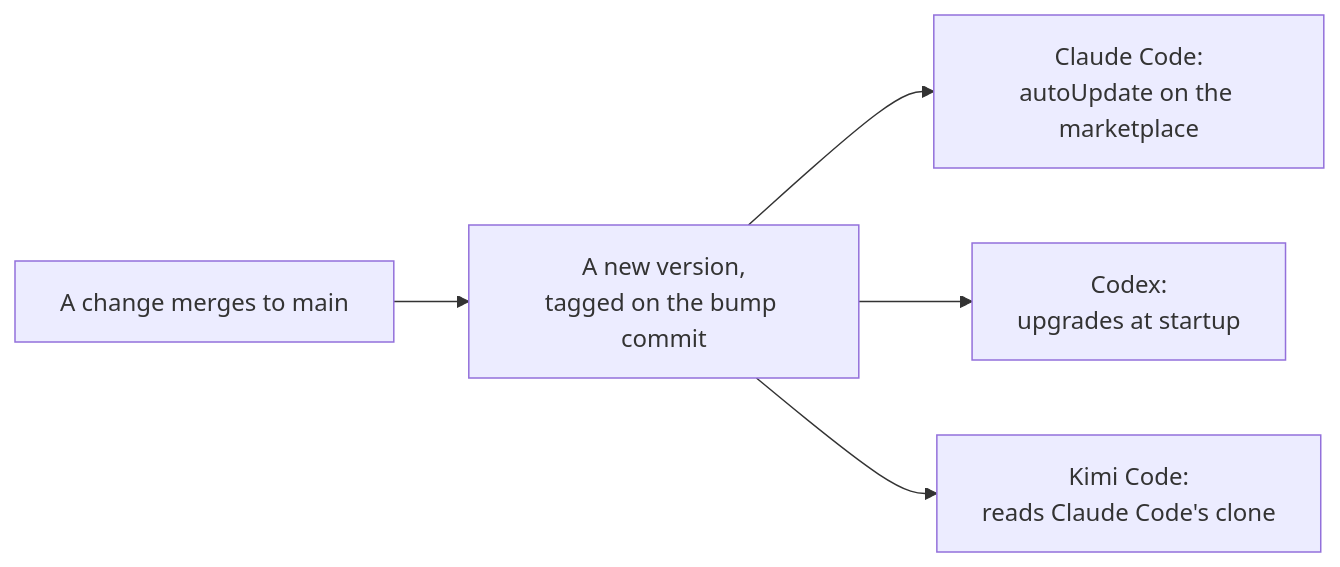
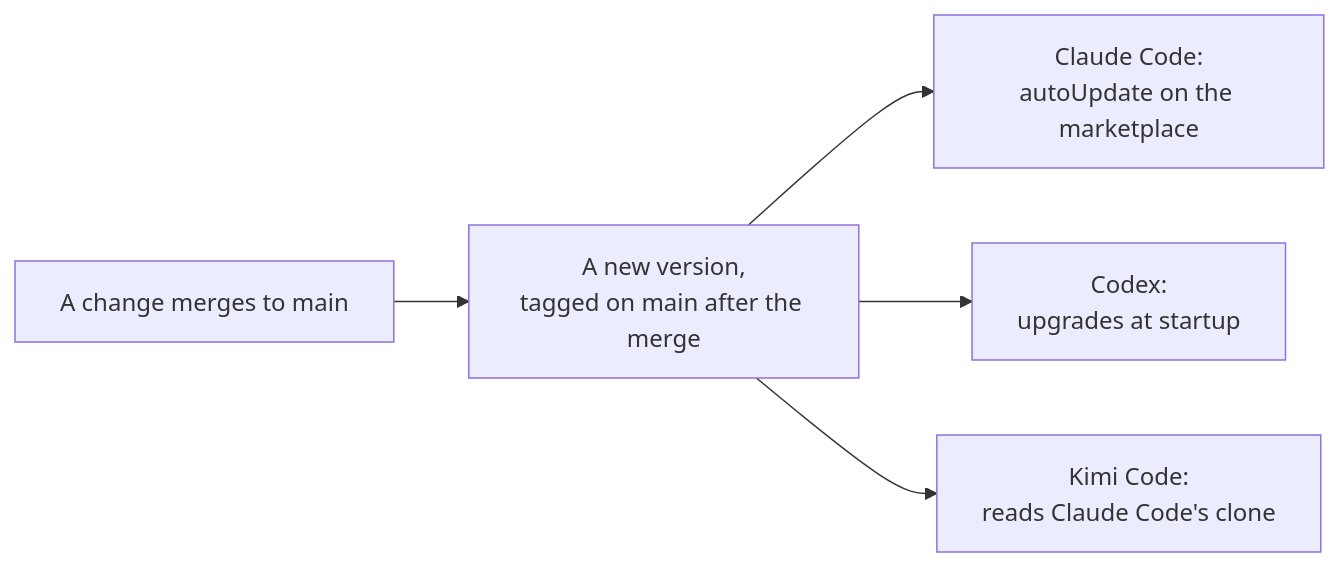
One commit to liuhlab/liulab-compute-skills changed the first of 4 diagrams in docs/developers/design.md. Above: the diagram before and after it, drawn with Mermaid. The commit also changed 5 other files, not shown here.

````diff
--- a/docs/developers/design.md
+++ b/docs/developers/design.md
@@ -28,7 +28,7 @@
 ```mermaid
 flowchart LR
-    merge["A change merges to main"] --> ver["A new version,<br/>tagged on the bump commit"]
+    merge["A change merges to main"] --> ver["A new version,<br/>tagged on main after the merge"]
     ver --> cc["Claude Code:<br/>autoUpdate on the marketplace"]
     ver --> codex["Codex:<br/>upgrades at startup"]
     ver --> kimi["Kimi Code:<br/>reads Claude Code's clone"]
 ```
````
